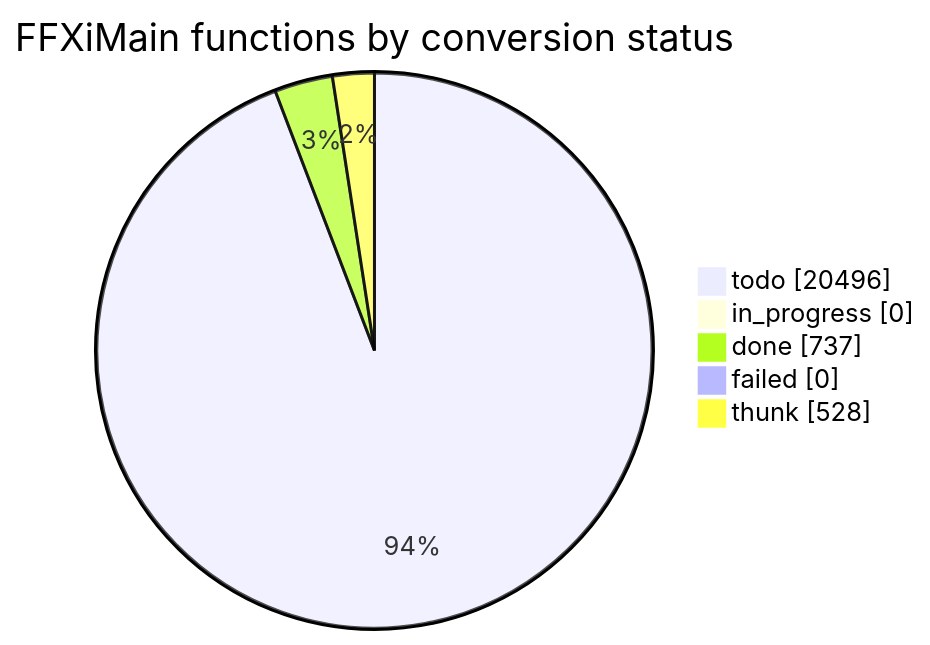
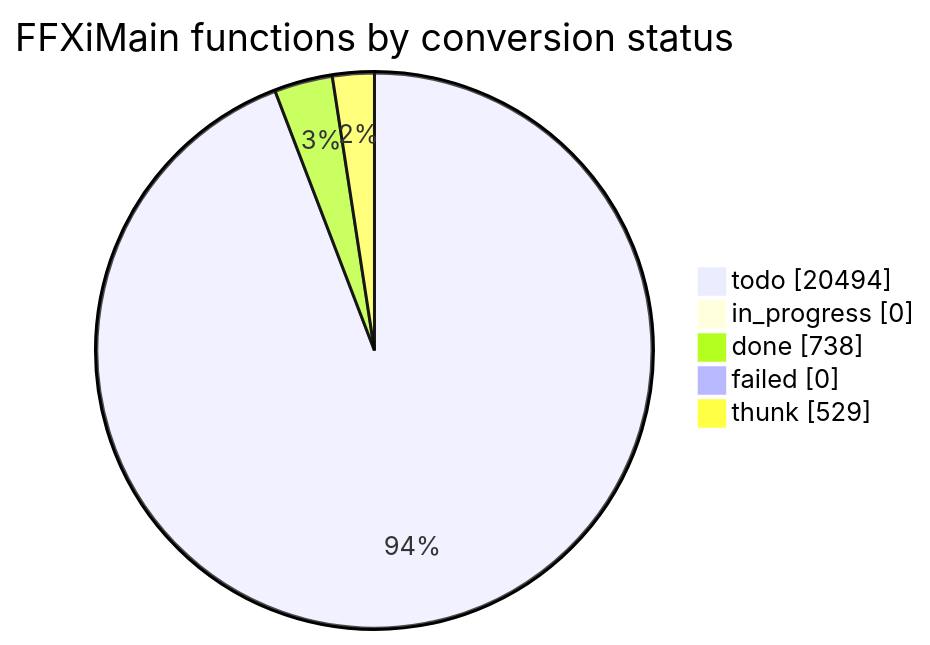
The diagram in docs/cow/STATUS.md (cowrevenge/cow_kuluu_xi_anything), drawn with Mermaid before and after one commit. The commit also changed other lines of this file and 9 other files, not shown here.

````diff
--- a/docs/cow/STATUS.md
+++ b/docs/cow/STATUS.md
@@ -18,9 +18,9 @@
 ```mermaid
 pie showData
     title FFXiMain functions by conversion status
-    "todo" : 20496
+    "todo" : 20494
     "in_progress" : 0
-    "done" : 737
+    "done" : 738
     "failed" : 0
-    "thunk" : 528
+    "thunk" : 529
 ```
````
